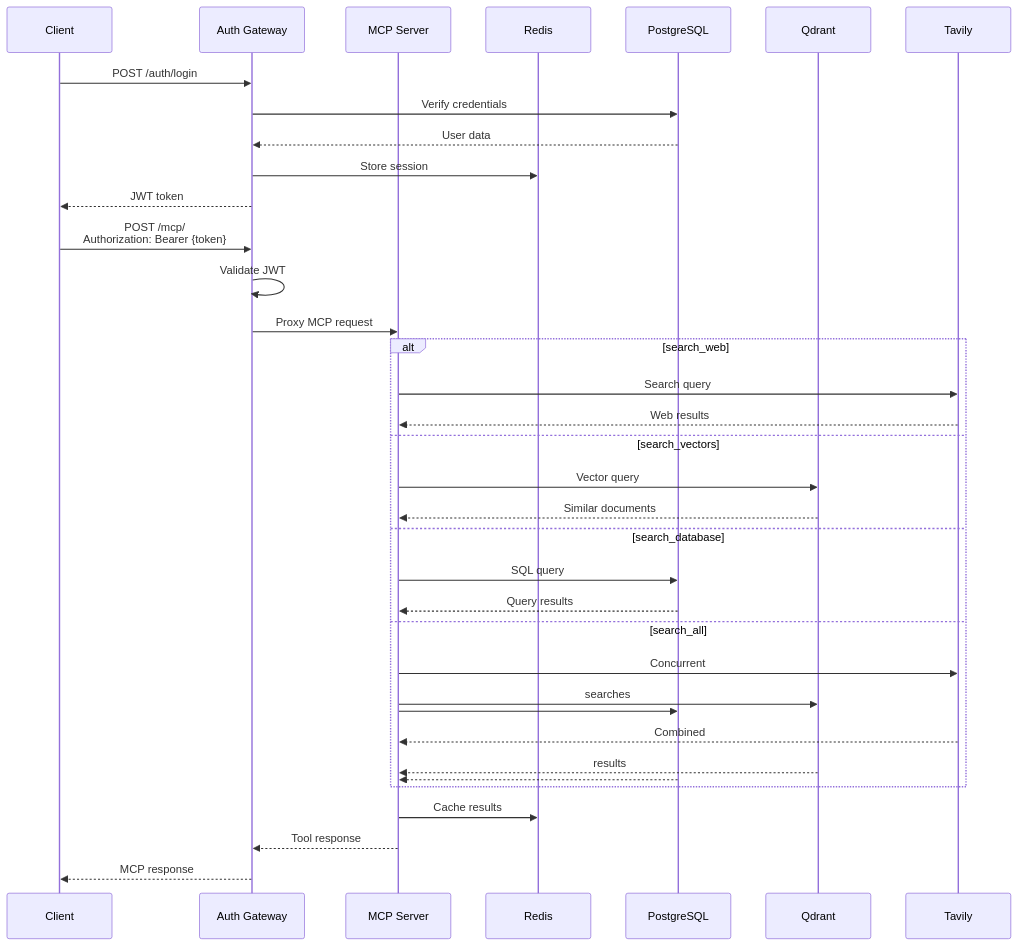
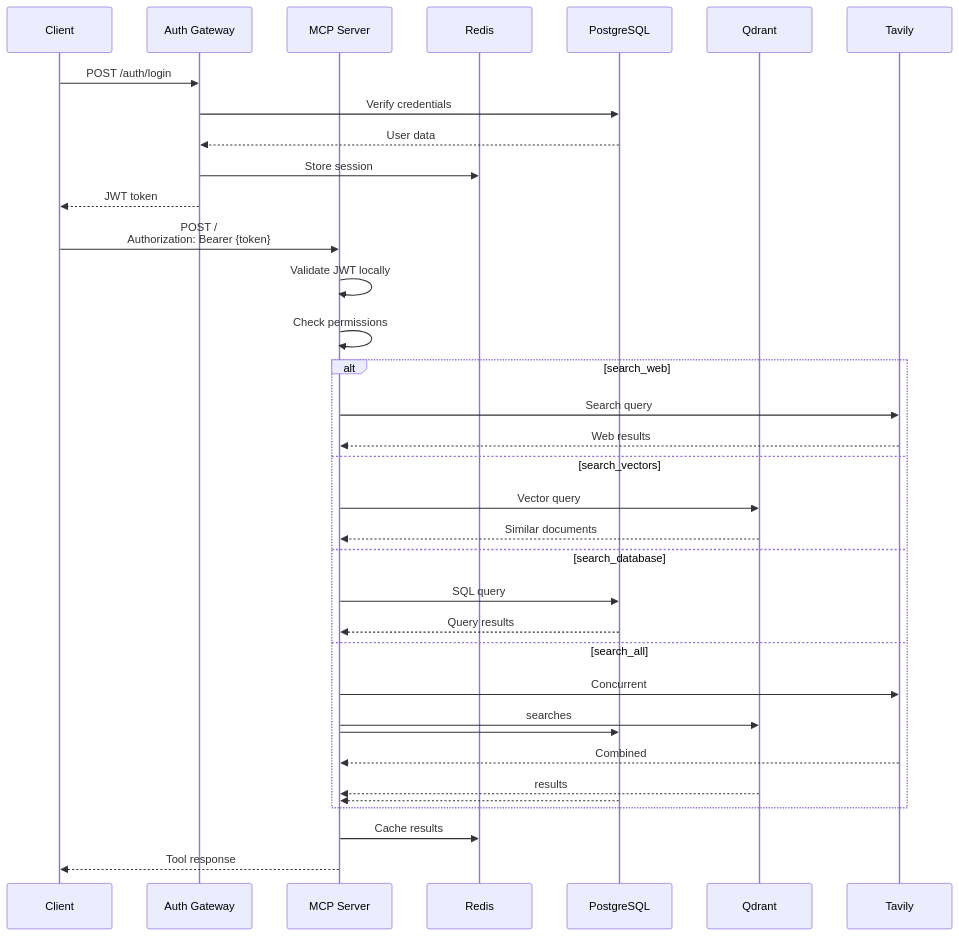
Before and after one commit to HyunjunJeon/mcp-for-retriever: the second of 2 diagrams in README.md, drawn with Mermaid. The commit also changed other lines of this file and 35 other files, not shown here.

````diff
--- a/README.md
+++ b/README.md
@@ -914,44 +917,43 @@
 ```mermaid
 sequenceDiagram
     participant C as Client
     participant AG as Auth Gateway
     participant MS as MCP Server
     participant R as Redis
     participant PG as PostgreSQL
     participant Q as Qdrant
     participant T as Tavily
 
     %% Authentication Flow
     C->>AG: POST /auth/login
     AG->>PG: Verify credentials
     PG-->>AG: User data
     AG->>R: Store session
     AG-->>C: JWT token
 
-    %% MCP Tool Call Flow
-    C->>AG: POST /mcp/<br/>Authorization: Bearer {token}
-    AG->>AG: Validate JWT
-    AG->>MS: Proxy MCP request
+    %% Direct MCP Tool Call (새로운 플로우)
+    C->>MS: POST /<br/>Authorization: Bearer {token}
+    MS->>MS: Validate JWT locally
+    MS->>MS: Check permissions
     
     alt search_web
         MS->>T: Search query
         T-->>MS: Web results
     else search_vectors
         MS->>Q: Vector query
         Q-->>MS: Similar documents
     else search_database
         MS->>PG: SQL query
         PG-->>MS: Query results
     else search_all
         MS->>T: Concurrent
         MS->>Q: searches
         MS->>PG: 
         T-->>MS: Combined
         Q-->>MS: results
         PG-->>MS: 
     end
     
     MS->>R: Cache results
-    MS-->>AG: Tool response
-    AG-->>C: MCP response
+    MS-->>C: Tool response
 ```
````
